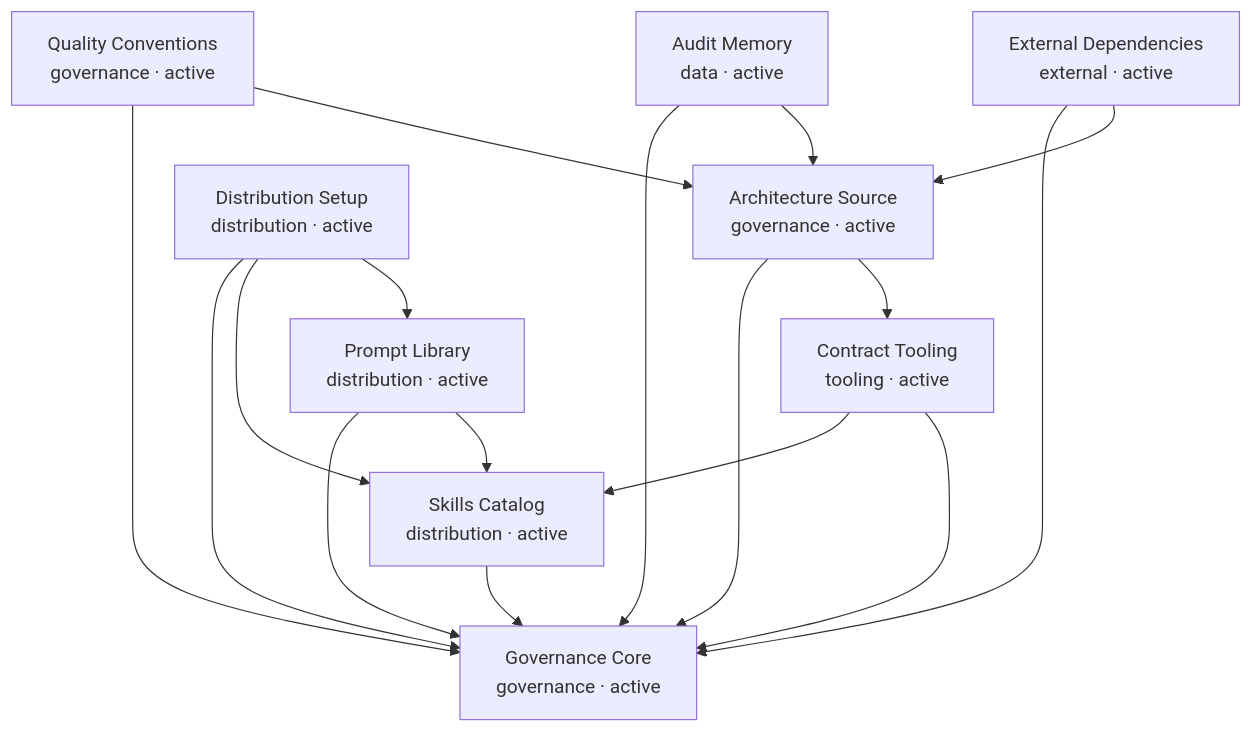
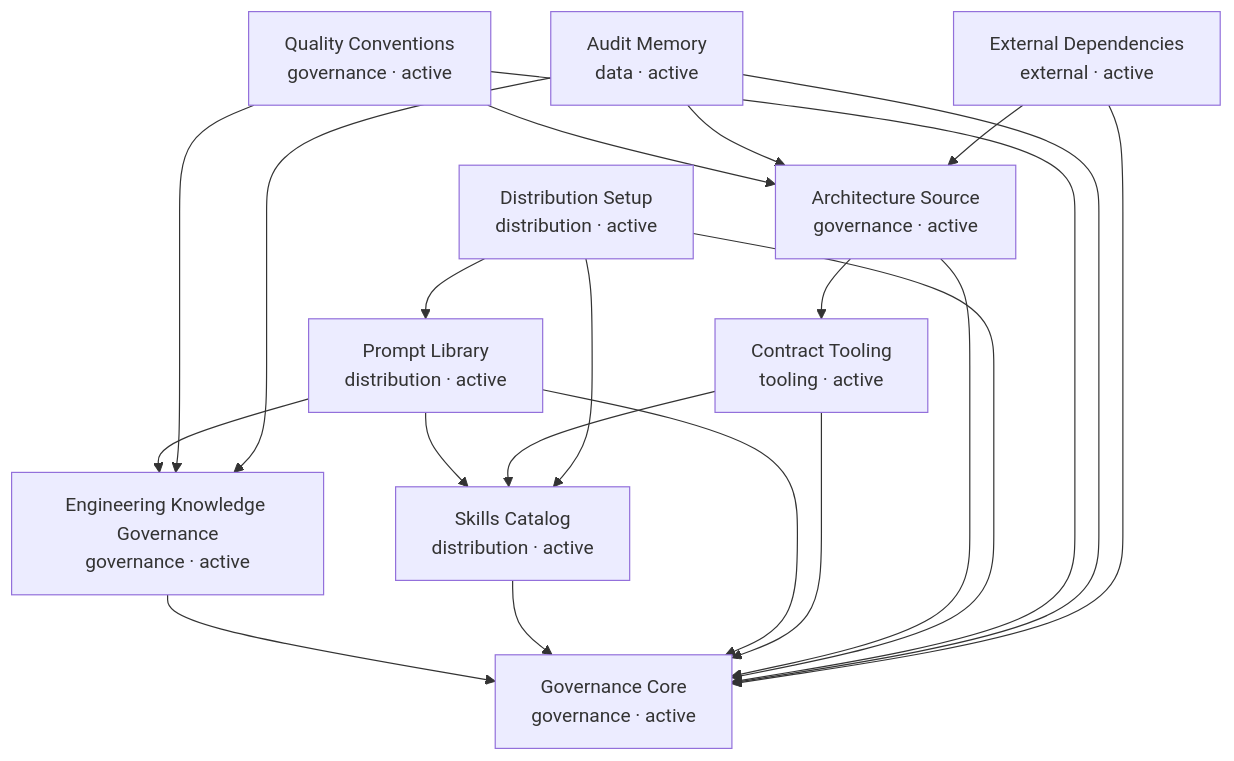
The diagram in docs/RELATIONS.md (Bricesodini/vibebackbone), drawn with Mermaid before and after one commit. The commit also changed other lines of this file and 51 other files, not shown here.

First line of the commit message:
feat(governance): add engineering knowledge lifecycle

````diff
--- a/docs/RELATIONS.md
+++ b/docs/RELATIONS.md
@@ -15,28 +15,33 @@
 ```mermaid
 graph TD
   governance-core["Governance Core<br/>governance · active"]
+  engineering-knowledge-governance["Engineering Knowledge Governance<br/>governance · active"]
   skills-catalog["Skills Catalog<br/>distribution · active"]
   prompt-library["Prompt Library<br/>distribution · active"]
   contract-tooling["Contract Tooling<br/>tooling · active"]
   architecture-source["Architecture Source<br/>governance · active"]
   distribution-setup["Distribution Setup<br/>distribution · active"]
   quality-conventions["Quality Conventions<br/>governance · active"]
   audit-memory["Audit Memory<br/>data · active"]
   external-dependencies["External Dependencies<br/>external · active"]
+  engineering-knowledge-governance --> governance-core
   skills-catalog --> governance-core
   prompt-library --> governance-core
   prompt-library --> skills-catalog
+  prompt-library --> engineering-knowledge-governance
   contract-tooling --> skills-catalog
   contract-tooling --> governance-core
   architecture-source --> governance-core
   architecture-source --> contract-tooling
   distribution-setup --> governance-core
   distribution-setup --> skills-catalog
   distribution-setup --> prompt-library
   quality-conventions --> governance-core
   quality-conventions --> architecture-source
+  quality-conventions --> engineering-knowledge-governance
   audit-memory --> governance-core
   audit-memory --> architecture-source
+  audit-memory --> engineering-knowledge-governance
   external-dependencies --> governance-core
   external-dependencies --> architecture-source
 ```
````
